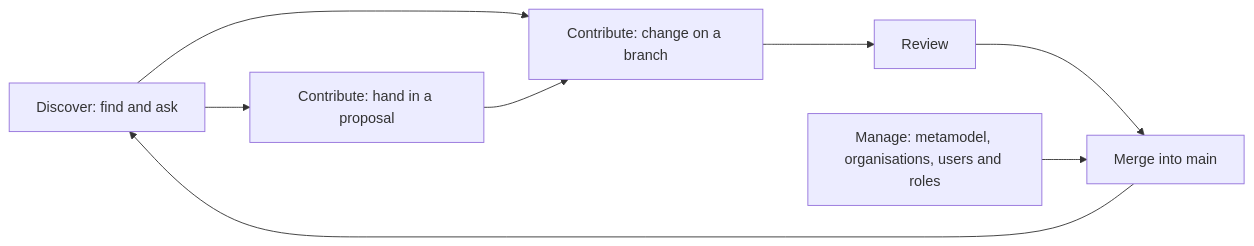
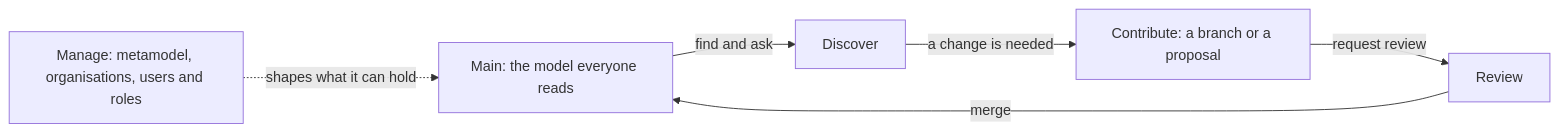
The diagram in docs/guide/0_getting-started.md (roanboc/dbx-enterprise-architecture), drawn with Mermaid before and after one commit. The commit also changed other lines of this file and 13 other files, not shown here.

First line of the commit message:
docs(guide): every screen's help checked against the code, and the product drawn in one plain flow

````diff
--- a/docs/guide/0_getting-started.md
+++ b/docs/guide/0_getting-started.md
@@ -11,10 +11,8 @@
 ```mermaid
 flowchart LR
-  discover["Discover: find and ask"] --> branch["Contribute: change on a branch"]
-  discover --> proposal["Contribute: hand in a proposal"]
-  proposal --> branch
-  branch --> review["Review"]
-  review --> main["Merge into main"]
-  main --> discover
-  manage["Manage: metamodel, organisations, users and roles"] --> main
+  main["Main: the model everyone reads"] -->|"find and ask"| discover["Discover"]
+  discover -->|"a change is needed"| contribute["Contribute: a branch or a proposal"]
+  contribute -->|"request review"| review["Review"]
+  review -->|"merge"| main
+  manage["Manage: metamodel, organisations, users and roles"] -.->|"shapes what it can hold"| main
 ```
````
